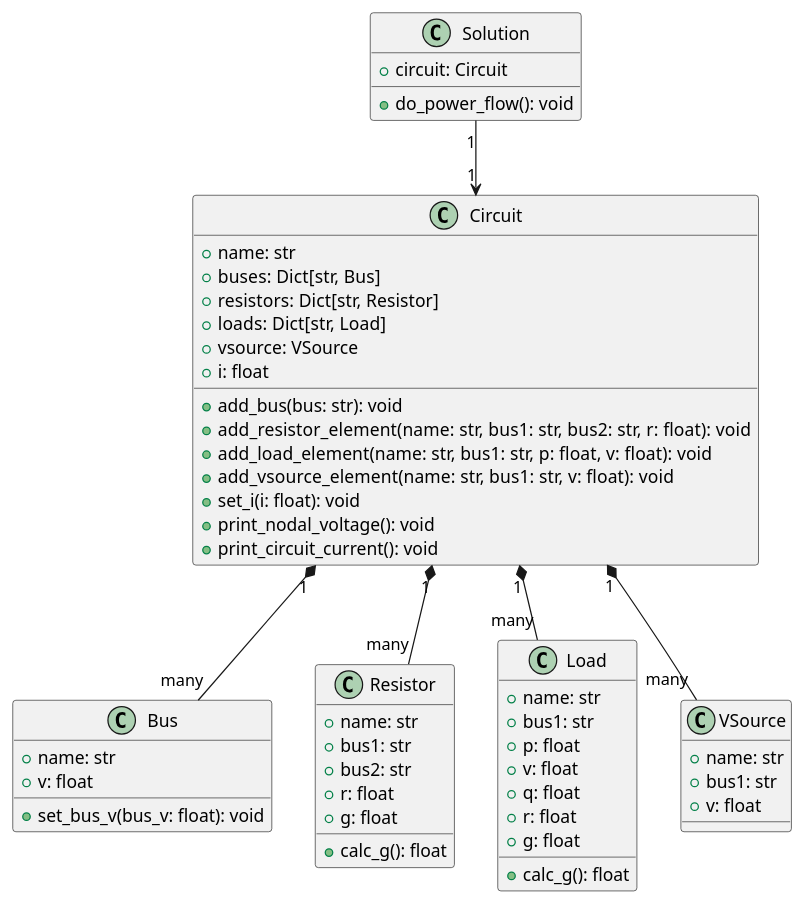
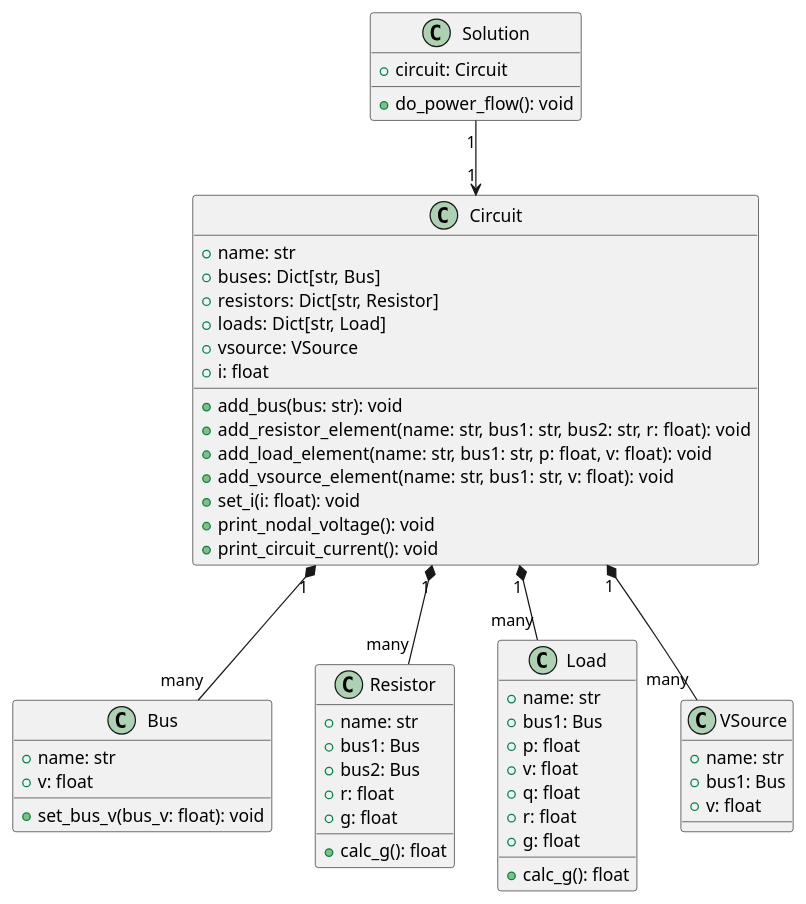
Before and after one commit to AndreGilchrist-Pitt/ECE2774_Project: the diagram in Project 1 - Simple Circuit Simulator/Utils/Documentation/Diagram.puml, drawn with PlantUML. The commit also changed 10 other files, not shown here.

```diff
--- a/Project 1 - Simple Circuit Simulator/Utils/Documentation/Diagram.puml
+++ b/Project 1 - Simple Circuit Simulator/Utils/Documentation/Diagram.puml
@@ -2,62 +2,62 @@
 @startuml
 
 class Bus {
     +name: str
     +v: float
     +set_bus_v(bus_v: float): void
 }
 
 class Resistor {
     +name: str
-    +bus1: str
-    +bus2: str
+    +bus1: Bus
+    +bus2: Bus
     +r: float
     +g: float
     +calc_g(): float
 }
 
 class Load {
     +name: str
-    +bus1: str
+    +bus1: Bus
     +p: float
     +v: float
     +q: float
     +r: float
     +g: float
     +calc_g(): float
 }
 
 class VSource {
     +name: str
-    +bus1: str
+    +bus1: Bus
     +v: float
 }
 
 class Circuit {
     +name: str
     +buses: Dict[str, Bus]
     +resistors: Dict[str, Resistor]
     +loads: Dict[str, Load]
     +vsource: VSource
     +i: float
     +add_bus(bus: str): void
     +add_resistor_element(name: str, bus1: str, bus2: str, r: float): void
     +add_load_element(name: str, bus1: str, p: float, v: float): void
     +add_vsource_element(name: str, bus1: str, v: float): void
     +set_i(i: float): void
     +print_nodal_voltage(): void
     +print_circuit_current(): void
 }
 
 class Solution {
     +circuit: Circuit
     +do_power_flow(): void
 }
 
 Circuit "1" *-- "many" Bus
 Circuit "1" *-- "many" Resistor
 Circuit "1" *-- "many" Load
 Circuit "1" *-- "many" VSource
 Solution "1" --> "1" Circuit
 
 @enduml
```
